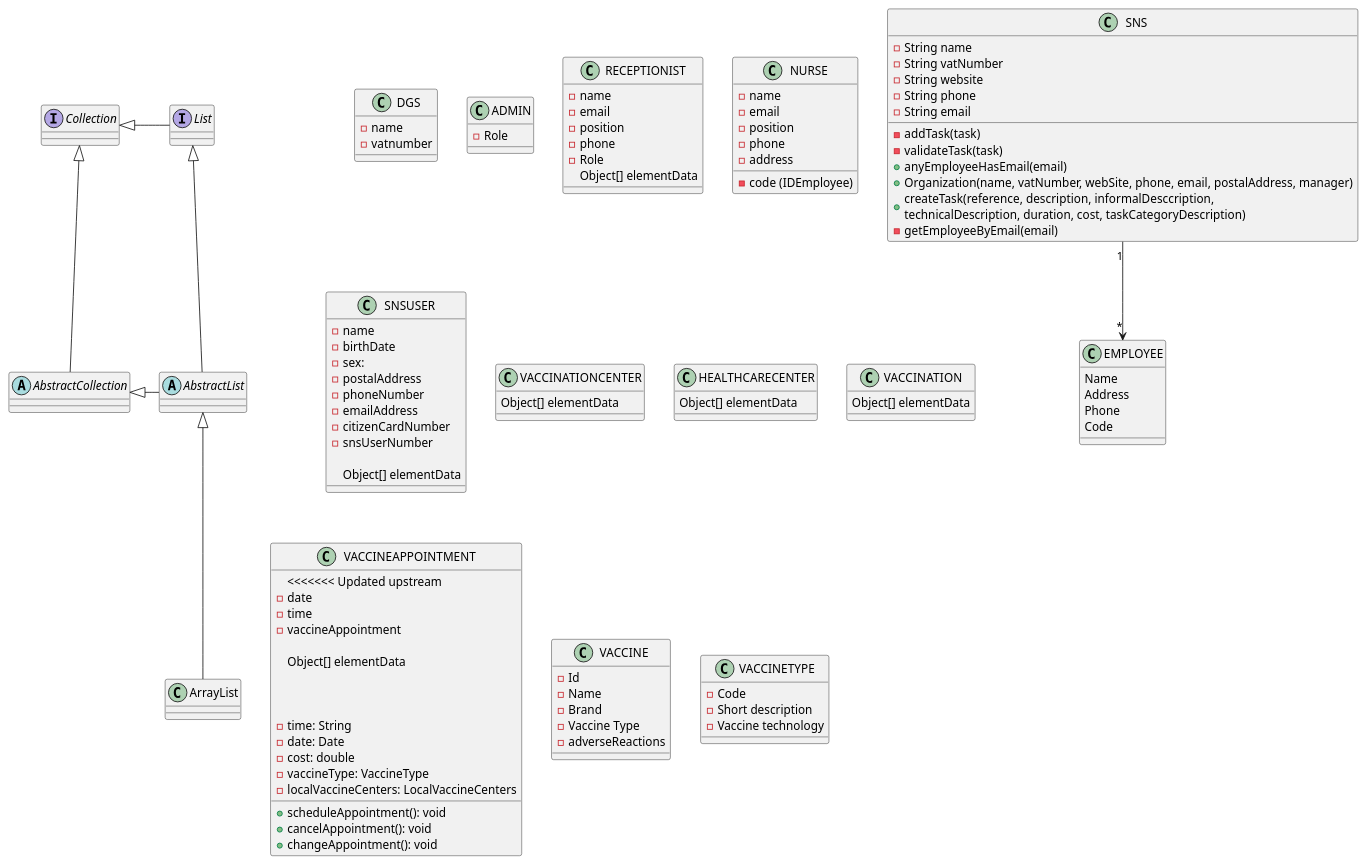
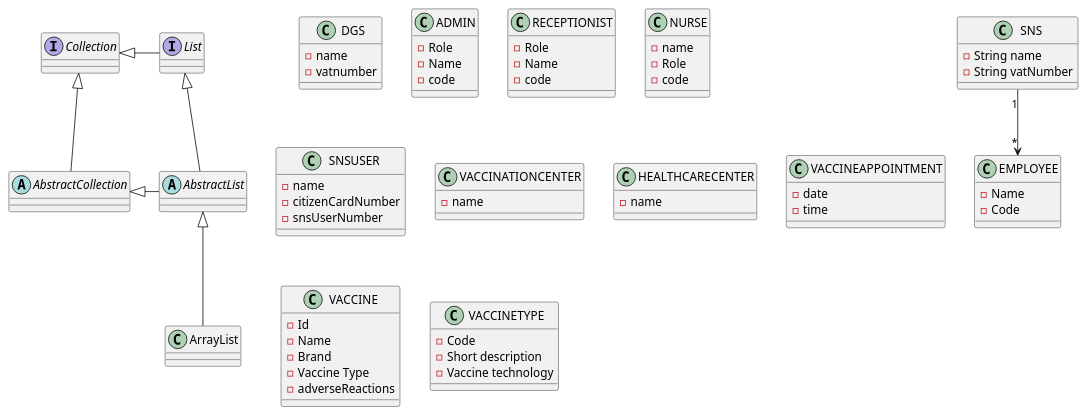
Before and after one commit to veracunha12/BaseDadosDomain: the diagram in src/main/puml/DomainBase/dados.puml, drawn with PlantUML.

```diff
--- a/src/main/puml/DomainBase/dados.puml
+++ b/src/main/puml/DomainBase/dados.puml
@@ -1,137 +1,89 @@
 @startuml
 'https://plantuml.com/class-diagram
 
 abstract class AbstractList
 abstract AbstractCollection
 interface List
 interface Collection
 
 List <|-- AbstractList
 Collection <|-- AbstractCollection
 
 Collection <|- List
 AbstractCollection <|- AbstractList
 AbstractList <|-- ArrayList
 
 SNS "1" --> "*" EMPLOYEE
 
 
 class DGS {
     - name
     - vatnumber
 
 }
 
 class SNS {
     - String name
     - String vatNumber
-    - String website
-    - String phone
-    - String email
-
-    - addTask(task)
-    - validateTask(task)
-    + anyEmployeeHasEmail(email)
-    + Organization(name, vatNumber, webSite, phone, email, postalAddress, manager)
-    + createTask(reference, description, informalDesccription,\ntechnicalDescription, duration, cost, taskCategoryDescription)
-    - getEmployeeByEmail(email)
 
 }
 class EMPLOYEE {
-Name
-Address
-Phone
-Code
+-Name
+-Code
 }
 class ADMIN {
 -Role
+-Name
+-code
+}
+class RECEPTIONIST {
+-Role
+-Name
+-code
 
 }
-class RECEPTIONIST {
- - name
- - email
- - position
- - phone
- -Role
-}
-class RECEPTIONIST {
-Object[] elementData
 
-}
 class NURSE {
    -name
-   - email
-   - position
-   - phone
-   -address
-   - code (IDEmployee)
+   -Role
+   -code
 
 
 }
 class SNSUSER {
 
 - name
-- birthDate
-- sex:
-- postalAddress
-- phoneNumber
-- emailAddress
 - citizenCardNumber
 - snsUserNumber
 
-Object[] elementData
-
-
 }
 class VACCINATIONCENTER {
-Object[] elementData
+-name
 
 }
 class HEALTHCARECENTER {
-Object[] elementData
+-name
 
 }
-class VACCINATION {
-Object[] elementData
 
-}
 class VACCINEAPPOINTMENT {
-<<<<<<< Updated upstream
 - date
 - time
-- vaccineAppointment
-
-Object[] elementData
-
 
 }
 class VACCINE {
 -Id
 -Name
 -Brand
 -Vaccine Type
 -adverseReactions
 }
 class VACCINETYPE{
  -Code
  -Short description
  -Vaccine technology
 }
-class VACCINEAPPOINTMENT {
-
-    - time: String
-    - date: Date
-    - cost: double
-    - vaccineType: VaccineType
-    - localVaccineCenters: LocalVaccineCenters
-
-    + scheduleAppointment(): void
-    + cancelAppointment(): void
-    + changeAppointment(): void
-
-
-}
 
 
 
 @enduml
```
